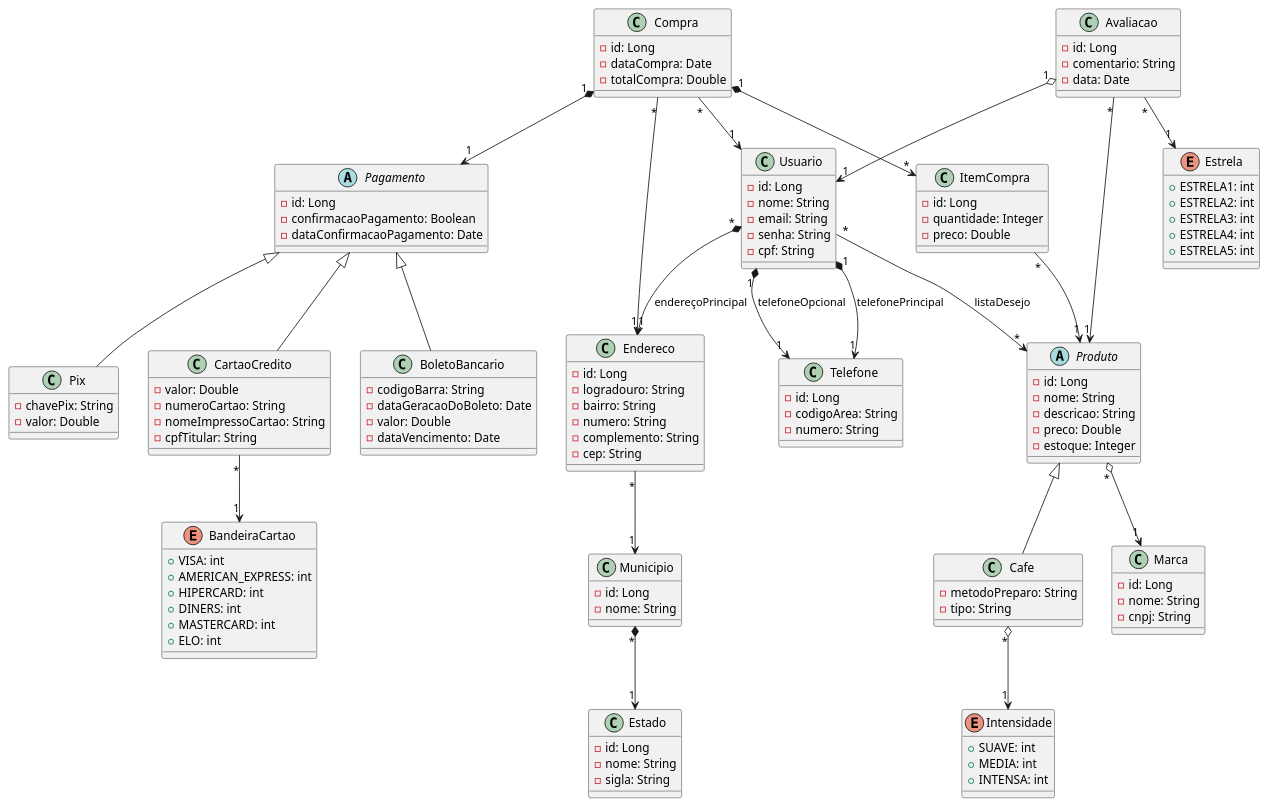
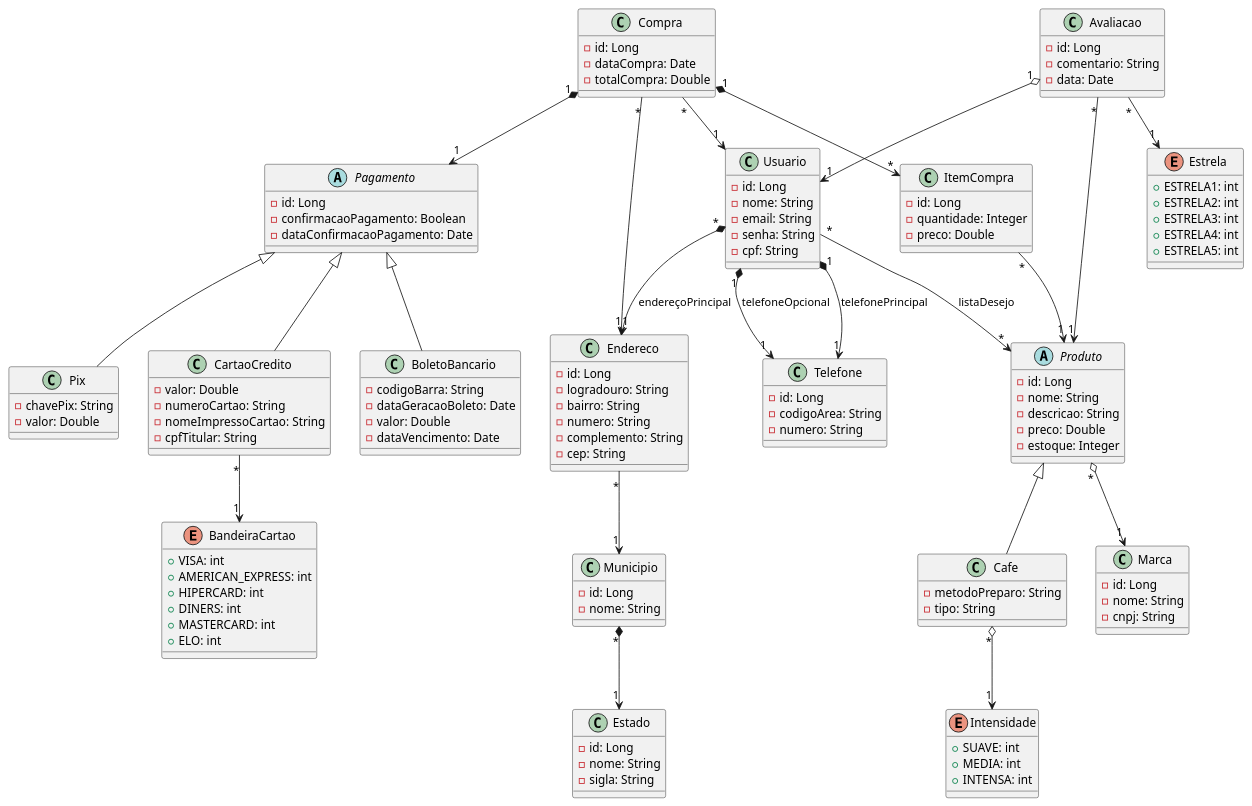
The diagram in JavaCoffee.plantuml (emannuelop/JavaCoffee-eCommerce), drawn with PlantUML before and after one commit. The commit also changed 1 other file, not shown here.

```diff
--- a/JavaCoffee.plantuml
+++ b/JavaCoffee.plantuml
@@ -1,171 +1,171 @@
 @startuml Coffee-eCommerce
 
     abstract class Produto {
 
         - id: Long
         - nome: String
         - descricao: String
         - preco: Double
         - estoque: Integer
     }
 
     class Cafe {
 
         - metodoPreparo: String
         - tipo: String
     }
 
     enum Intensidade {
 
         + SUAVE: int
         + MEDIA: int
         + INTENSA: int
     }
 
     class Marca {
 
         - id: Long
         - nome: String
         - cnpj: String
     }
 
     class Usuario {
 
         - id: Long
         - nome: String
         - email: String
         - senha: String
         - cpf: String
     }
 
     class Telefone {
 
         - id: Long
         - codigoArea: String
         - numero: String
     }
 
     class Compra {
 
         - id: Long
         - dataCompra: Date
         - totalCompra: Double
     }
 
     class ItemCompra {
 
         - id: Long
         - quantidade: Integer
         - preco: Double
     }
 
     class Endereco {
 
         - id: Long
         - logradouro: String
         - bairro: String
         - numero: String
         - complemento: String
         - cep: String
     }
 
     class Avaliacao {
 
         - id: Long
         - comentario: String
         - data: Date
     }
 
     enum Estrela {
 
         + ESTRELA1: int
         + ESTRELA2: int
         + ESTRELA3: int
         + ESTRELA4: int
         + ESTRELA5: int
     }
 
     abstract class Pagamento {
 
         - id: Long
         - confirmacaoPagamento: Boolean
         - dataConfirmacaoPagamento: Date
     }
 
     class BoletoBancario {
 
         - codigoBarra: String
-        - dataGeracaoDoBoleto: Date
+        - dataGeracaoBoleto: Date
         - valor: Double
         - dataVencimento: Date
     }
 
     class Pix {
 
         - chavePix: String
         - valor: Double
     }
 
     class CartaoCredito {
 
         - valor: Double
         - numeroCartao: String
         - nomeImpressoCartao: String
         - cpfTitular: String
     }
 
     enum BandeiraCartao {
 
         + VISA: int
         + AMERICAN_EXPRESS: int
         + HIPERCARD: int
         + DINERS: int
         + MASTERCARD: int
         + ELO: int
     }
 
     class Estado {
 
         - id: Long
         - nome: String
         - sigla: String
     }
 
     class Municipio {
 
         - id: Long
         - nome: String
     }
 
     Produto "*" o--> "1" Marca
 
     Cafe -up-|> Produto
     Cafe "*" o--> "1" Intensidade
 
     Municipio "*" *--> "1" Estado
 
     Endereco "*" --> "1" Municipio
 
     Usuario "*" --> "*" Produto: listaDesejo
     Usuario "1" *--> "1" Telefone: telefonePrincipal
     Usuario "1" *--> "1" Telefone: telefoneOpcional
     Usuario "*" *--> "1" Endereco: endereçoPrincipal
 
     ItemCompra "*" --> "1" Produto
 
     BoletoBancario -up-|> Pagamento
 
     Pix -up-|> Pagamento
 
     CartaoCredito -up-|> Pagamento
     CartaoCredito "*" --> "1" BandeiraCartao
 
     Compra "*" --> "1" Usuario
     Compra "1" *--> "*" ItemCompra
     Compra "*" --> "1" Endereco
     Compra "1" *--> "1" Pagamento
 
     Avaliacao "*" --> "1" Estrela
     Avaliacao "1" o--> "1" Usuario
     Avaliacao "*" --> "1" Produto
 @enduml
```
